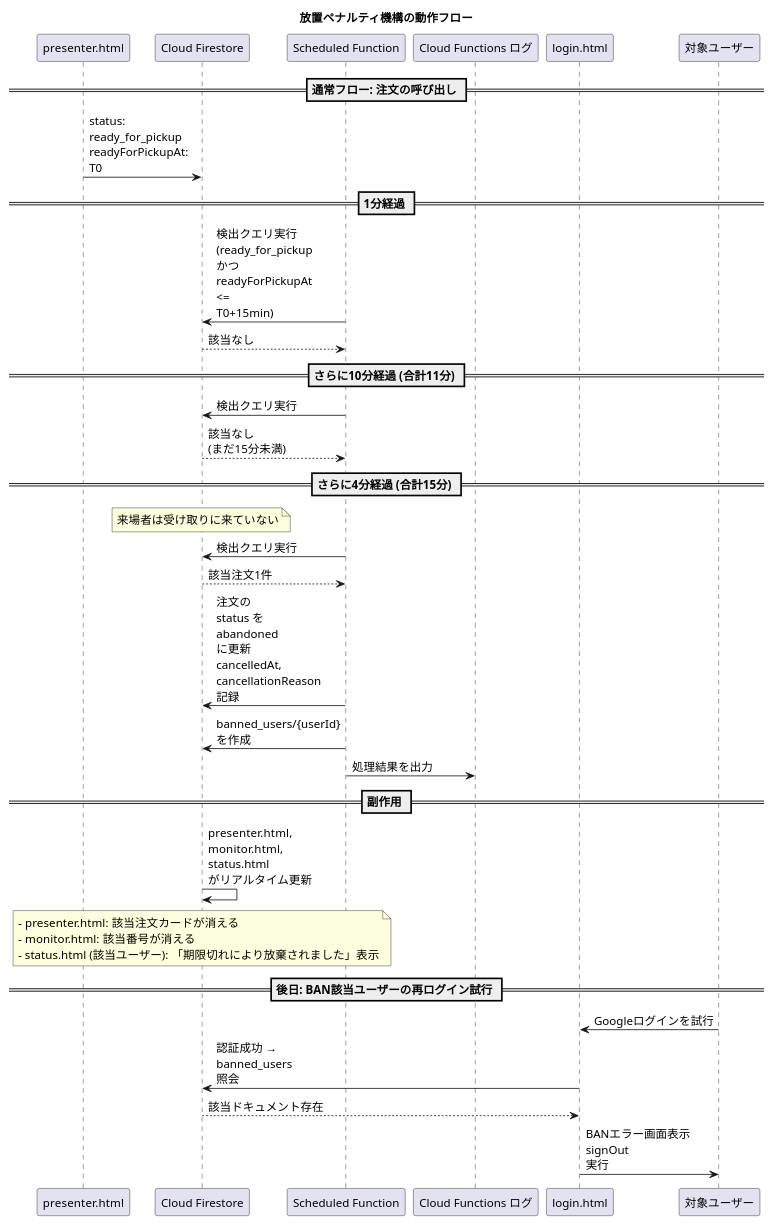
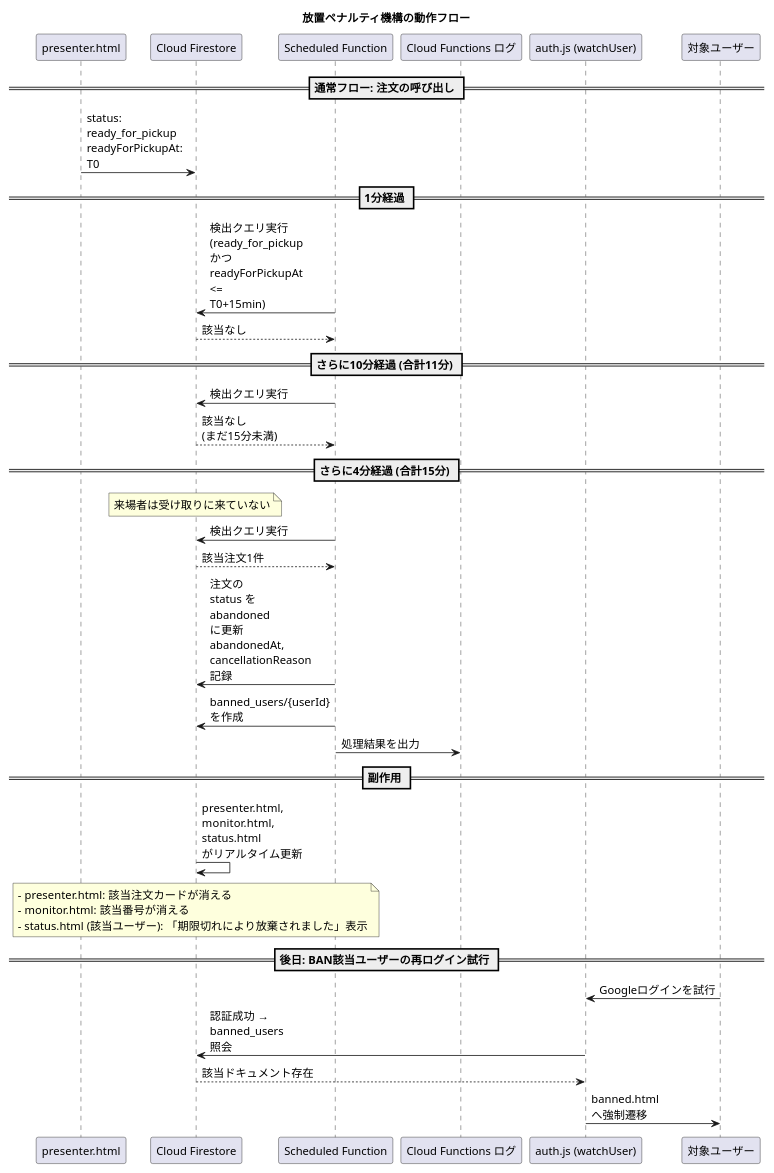
The diagram in 設計図/sandbox/第8章.md (ynr-cs/nanryosai2026), drawn with PlantUML before and after one commit. The commit also changed other lines of this file and 22 other files, not shown here.

````diff
--- a/設計図/sandbox/第8章.md
+++ b/設計図/sandbox/第8章.md
@@ -343,54 +345,54 @@
 ```plantuml
 @startuml penalty_flow
 title 放置ペナルティ機構の動作フロー
 
 scale 800 width
 skinparam defaultFontSize 14
 skinparam maxMessageSize 80
 
 participant "presenter.html" as Presenter
 participant "Cloud Firestore" as Firestore
 participant "Scheduled Function" as Scheduler
 participant "Cloud Functions ログ" as Log
 
 == 通常フロー: 注文の呼び出し ==
 Presenter -> Firestore: status: ready_for_pickup\nreadyForPickupAt: T0
 
 == 1分経過 ==
 Scheduler -> Firestore: 検出クエリ実行\n(ready_for_pickup かつ\nreadyForPickupAt <= T0+15min)
 Firestore --> Scheduler: 該当なし
 
 == さらに10分経過 (合計11分) ==
 Scheduler -> Firestore: 検出クエリ実行
 Firestore --> Scheduler: 該当なし\n(まだ15分未満)
 
 == さらに4分経過 (合計15分) ==
 note over Firestore: 来場者は受け取りに来ていない
 
 Scheduler -> Firestore: 検出クエリ実行
 Firestore --> Scheduler: 該当注文1件
 
-Scheduler -> Firestore: 注文の status を abandoned に更新\ncancelledAt, cancellationReason 記録
+Scheduler -> Firestore: 注文の status を abandoned に更新\nabandonedAt, cancellationReason 記録
 Scheduler -> Firestore: banned_users/{userId} を作成
 
 Scheduler -> Log: 処理結果を出力
 
 == 副作用 ==
 Firestore -> Firestore: presenter.html, monitor.html,\nstatus.html がリアルタイム更新
 note over Firestore
   - presenter.html: 該当注文カードが消える
   - monitor.html: 該当番号が消える
   - status.html (該当ユーザー): 「期限切れにより放棄されました」表示
 end note
 
 == 後日: BAN該当ユーザーの再ログイン試行 ==
-participant "login.html" as Login
+participant "auth.js (watchUser)" as Auth
 participant "対象ユーザー" as User
 
-User -> Login: Googleログインを試行
-Login -> Firestore: 認証成功 → banned_users 照会
-Firestore --> Login: 該当ドキュメント存在
-Login -> User: BANエラー画面表示\nsignOut 実行
+User -> Auth: Googleログインを試行
+Auth -> Firestore: 認証成功 → banned_users 照会
+Firestore --> Auth: 該当ドキュメント存在
+Auth -> User: banned.html へ強制遷移
 
 @enduml
 ```
````
